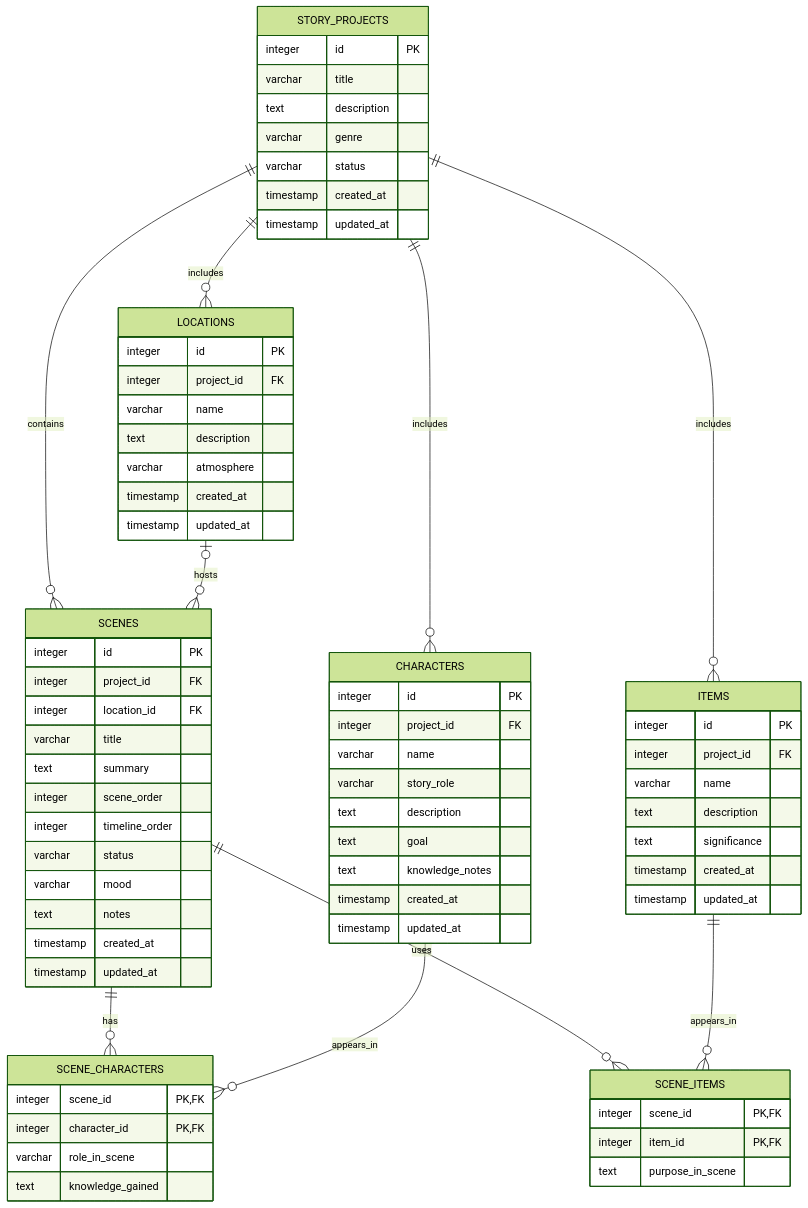
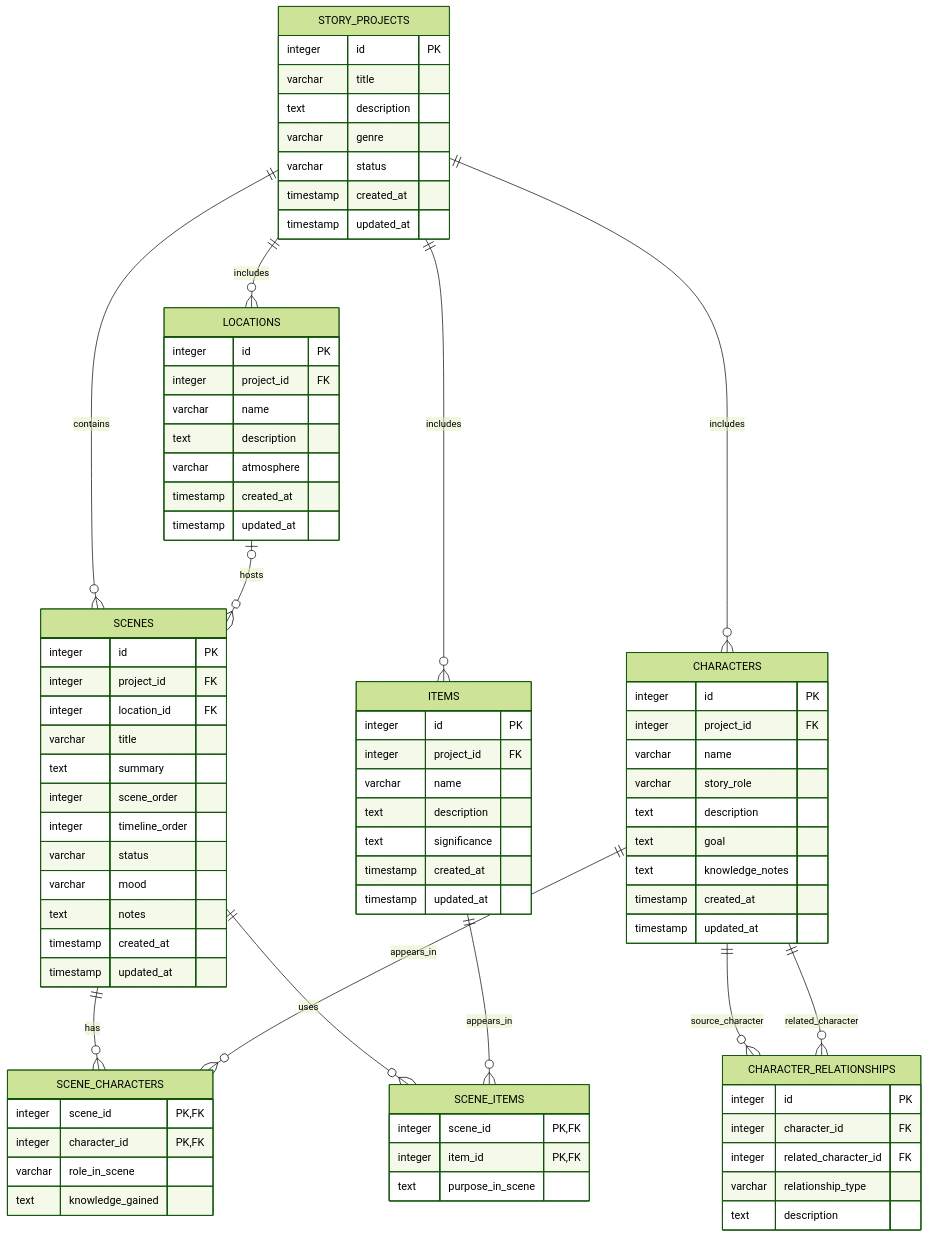
Before and after one commit to arcforge-scenecraft/arcforge: the diagram in planning/entity_relationship_diagram.md, drawn with Mermaid (forest theme). The commit also changed other lines of this file and 1 other file, not shown here.

Commit message:
docs: update ER diagram with character relationships

```diff
--- a/planning/entity_relationship_diagram.md
+++ b/planning/entity_relationship_diagram.md
@@ -29,6 +30,8 @@
     CHARACTERS ||--o{ SCENE_CHARACTERS : appears_in
     SCENES ||--o{ SCENE_ITEMS : uses
     ITEMS ||--o{ SCENE_ITEMS : appears_in
+    CHARACTERS ||--o{ CHARACTER_RELATIONSHIPS : source_character
+    CHARACTERS ||--o{ CHARACTER_RELATIONSHIPS : related_character
 
     STORY_PROJECTS {
         integer id PK
@@ -67,6 +70,14 @@
         timestamp updated_at
     }
 
+    CHARACTER_RELATIONSHIPS {
+        integer id PK
+        integer character_id FK
+        integer related_character_id FK
+        varchar relationship_type
+        text description
+    }
+
     LOCATIONS {
         integer id PK
         integer project_id FK
```
